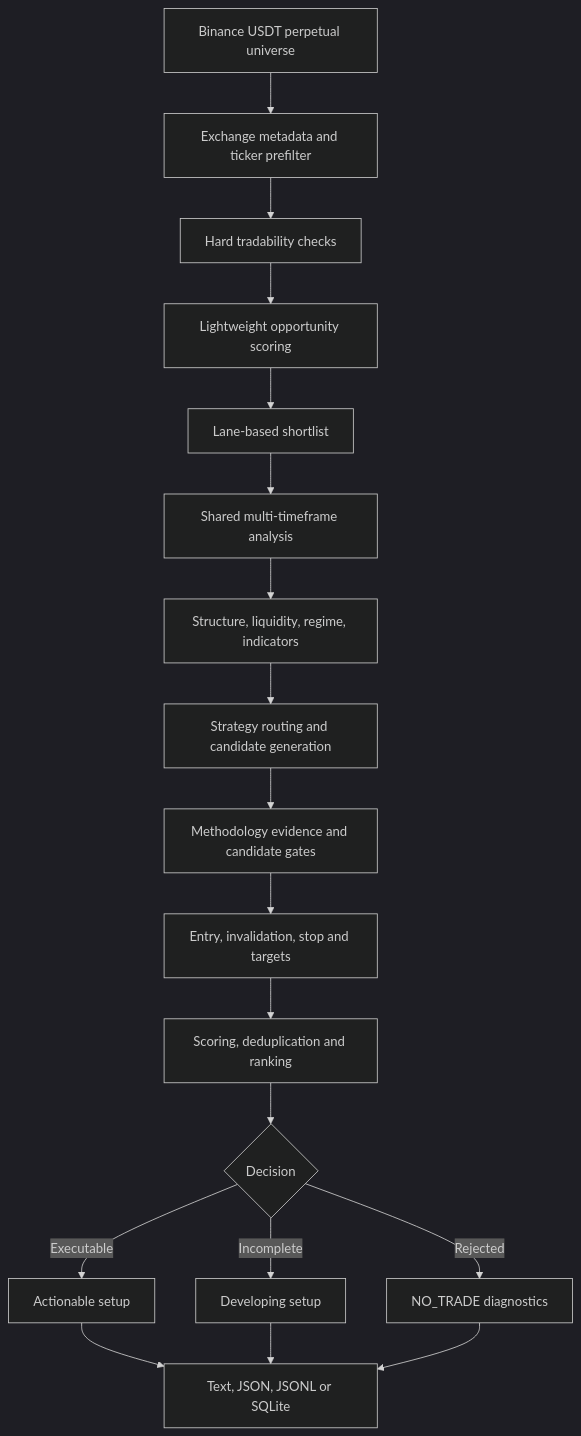
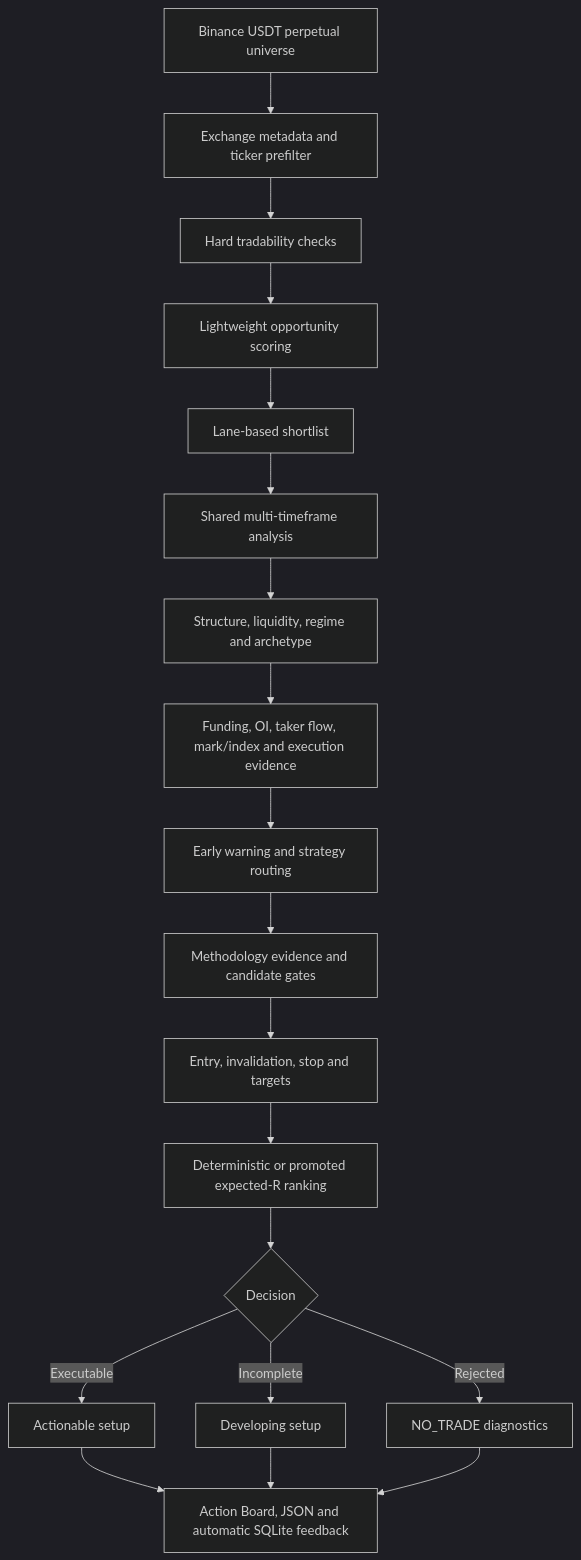
Before and after one commit to mshahwaiz-ali/apex: the first of 2 diagrams in README.md, drawn with Mermaid (dark theme). The commit also changed other lines of this file and 47 other files, not shown here.

````diff
--- a/README.md
+++ b/README.md
@@ -45,20 +50,21 @@
 ```mermaid
 flowchart TD
     A[Binance USDT perpetual universe] --> B[Exchange metadata and ticker prefilter]
     B --> C[Hard tradability checks]
     C --> D[Lightweight opportunity scoring]
     D --> E[Lane-based shortlist]
     E --> F[Shared multi-timeframe analysis]
-    F --> G[Structure, liquidity, regime, indicators]
-    G --> H[Strategy routing and candidate generation]
-    H --> I[Methodology evidence and candidate gates]
-    I --> J[Entry, invalidation, stop and targets]
-    J --> K[Scoring, deduplication and ranking]
-    K --> L{Decision}
+    F --> G[Structure, liquidity, regime and archetype]
+    G --> H[Funding, OI, taker flow, mark/index and execution evidence]
+    H --> I[Early warning and strategy routing]
+    I --> J[Methodology evidence and candidate gates]
+    J --> K[Entry, invalidation, stop and targets]
+    K --> Q[Deterministic or promoted expected-R ranking]
+    Q --> L{Decision}
     L -->|Executable| M[Actionable setup]
     L -->|Incomplete| N[Developing setup]
     L -->|Rejected| O[NO_TRADE diagnostics]
-    M --> P[Text, JSON, JSONL or SQLite]
+    M --> P[Action Board, JSON and automatic SQLite feedback]
     N --> P
     O --> P
 ```
````
